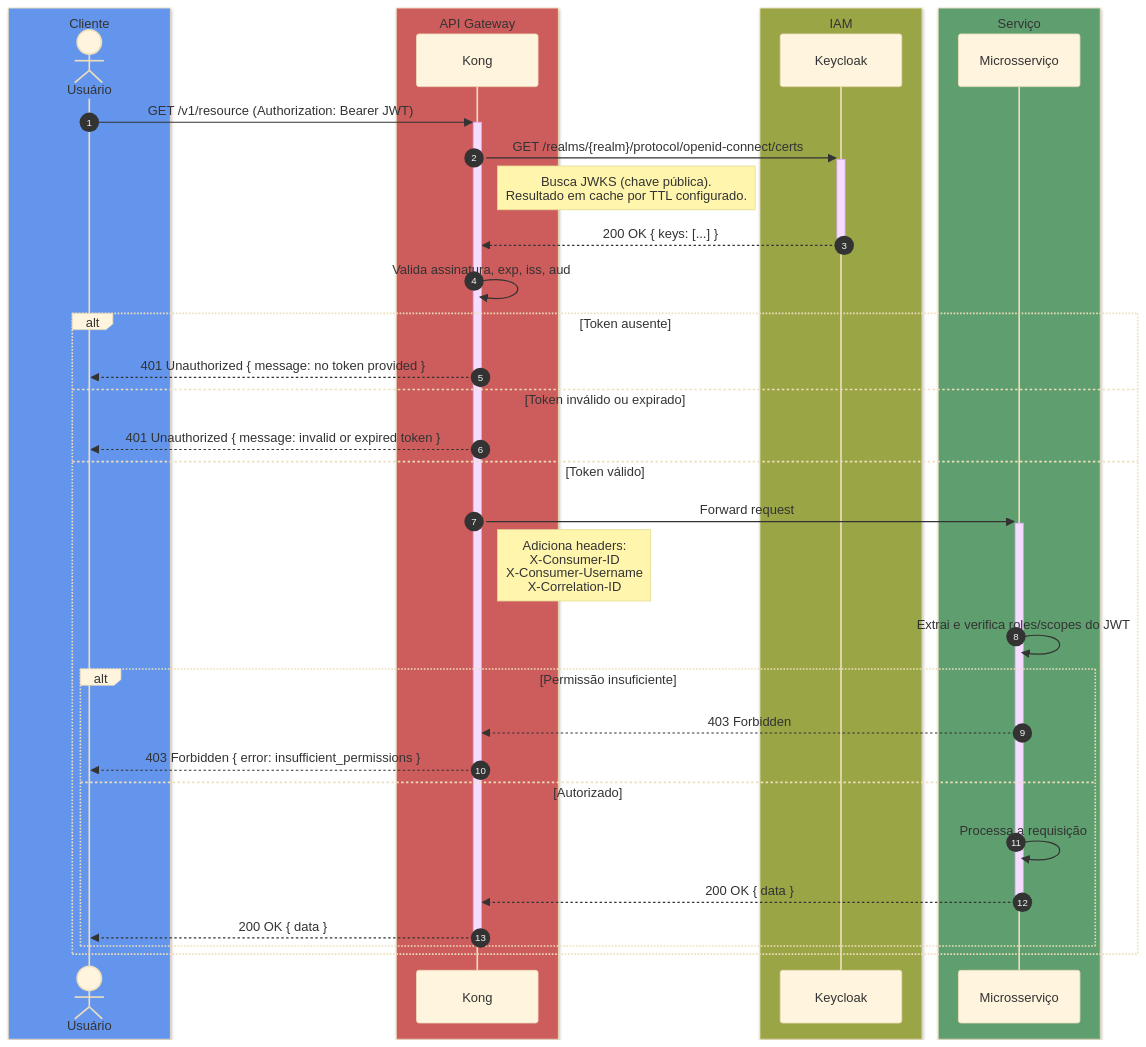
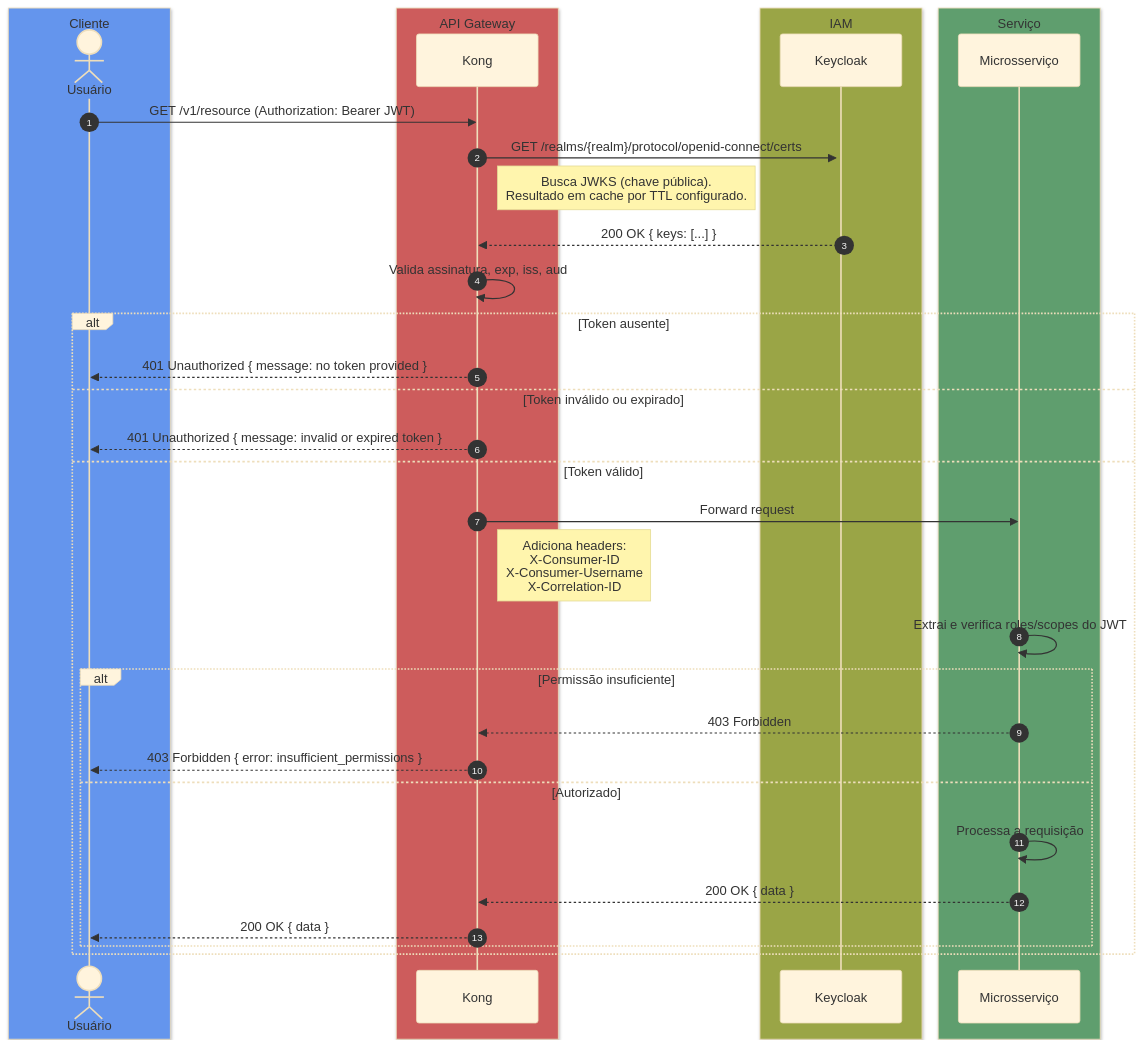
The second of 2 diagrams in docs/diagrams/auth-login-flow.md (LeoGBarros/AI_Project), drawn with Mermaid (base theme) before and after one commit. The commit also changed 3 other files, not shown here.

Commit message:
ajuste nos diagramas

````diff
--- a/docs/diagrams/auth-login-flow.md
+++ b/docs/diagrams/auth-login-flow.md
@@ -40,44 +40,44 @@
 ```mermaid
 sequenceDiagram
     autonumber
 
     box rgb(100, 149, 237) Cliente
         actor Usuario as Usuário
     end
     box rgb(205, 92, 92) API Gateway
         participant Kong as Kong
     end
     box rgb(154, 165, 70) IAM
         participant Keycloak as Keycloak
     end
     box rgb(95, 158, 110) Serviço
         participant Servico as Microsserviço
     end
 
-    Usuario->>+Kong: GET /v1/resource (Authorization: Bearer JWT)
+    Usuario->>Kong: GET /v1/resource (Authorization: Bearer JWT)
 
     Kong->>+Keycloak: GET /realms/{realm}/protocol/openid-connect/certs
     Note right of Kong: Busca JWKS (chave pública).<br/>Resultado em cache por TTL configurado.
-    Keycloak-->>-Kong: 200 OK { keys: [...] }
+    Keycloak-->>Kong: 200 OK { keys: [...] }
     Kong->>Kong: Valida assinatura, exp, iss, aud
 
     alt Token ausente
         Kong-->>Usuario: 401 Unauthorized { message: no token provided }
     else Token inválido ou expirado
         Kong-->>Usuario: 401 Unauthorized { message: invalid or expired token }
     else Token válido
-        Kong->>+Servico: Forward request
+        Kong->>Servico: Forward request
         Note right of Kong: Adiciona headers:<br/>X-Consumer-ID<br/>X-Consumer-Username<br/>X-Correlation-ID
 
         Servico->>Servico: Extrai e verifica roles/scopes do JWT
 
         alt Permissão insuficiente
             Servico-->>Kong: 403 Forbidden
             Kong-->>Usuario: 403 Forbidden { error: insufficient_permissions }
         else Autorizado
             Servico->>Servico: Processa a requisição
-            Servico-->>-Kong: 200 OK { data }
-            Kong-->>-Usuario: 200 OK { data }
+            Servico-->>Kong: 200 OK { data }
+            Kong-->>Usuario: 200 OK { data }
         end
     end
 ```
````
